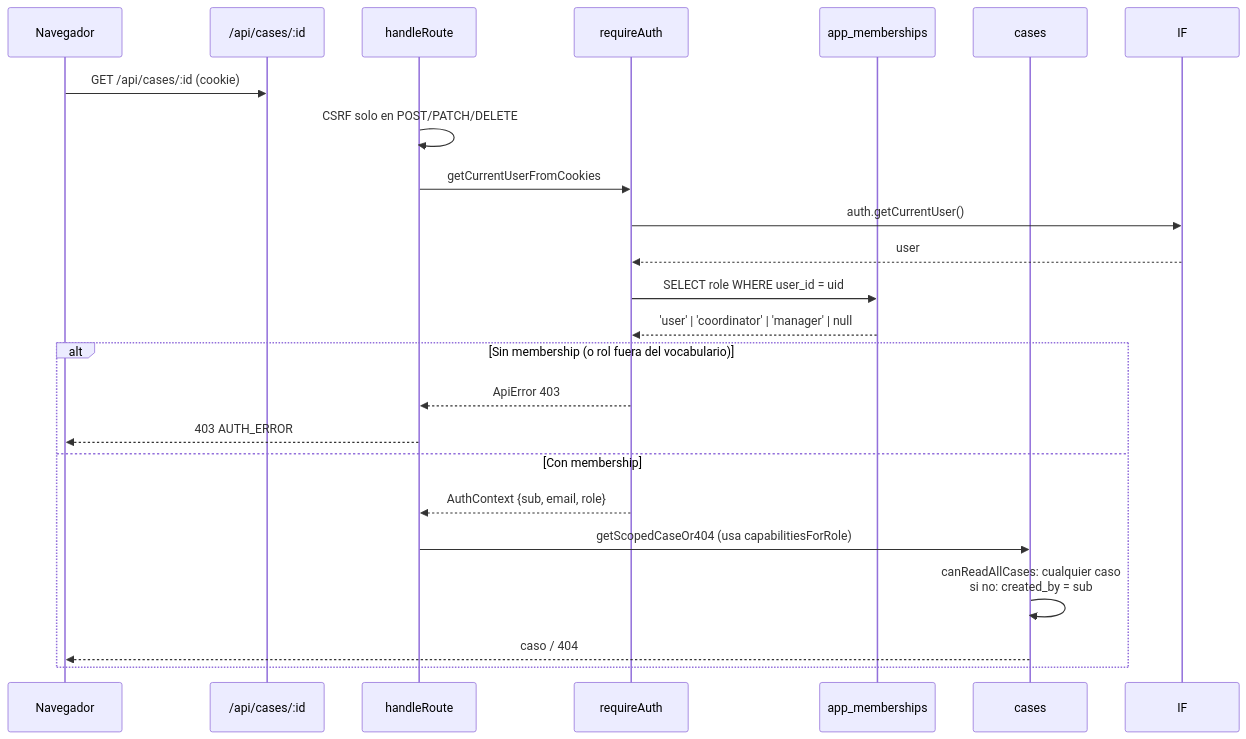
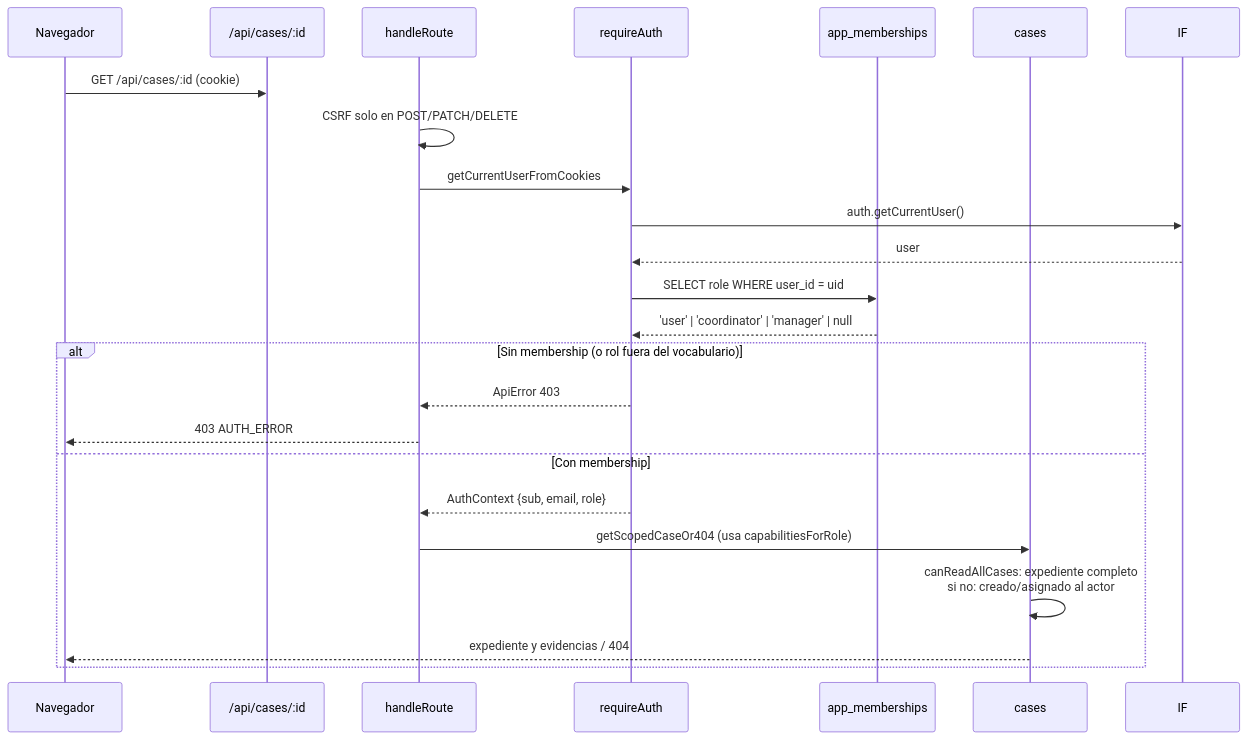
The third of 4 diagrams in docs/ARCHITECTURE.md (DotIdk14/cancelaciones-ai), drawn with Mermaid before and after one commit. The commit also changed other lines of this file and 52 other files, not shown here.

````diff
--- a/docs/ARCHITECTURE.md
+++ b/docs/ARCHITECTURE.md
@@ -179,27 +179,27 @@
 ```mermaid
 sequenceDiagram
   participant B as Navegador
   participant API as /api/cases/:id
   participant H as handleRoute
   participant A as requireAuth
   participant M as app_memberships
   participant C as cases
 
   B->>API: GET /api/cases/:id (cookie)
   H->>H: CSRF solo en POST/PATCH/DELETE
   H->>A: getCurrentUserFromCookies
   A->>IF: auth.getCurrentUser()
   IF-->>A: user
   A->>M: SELECT role WHERE user_id = uid
   M-->>A: 'user' | 'coordinator' | 'manager' | null
 
   alt Sin membership (o rol fuera del vocabulario)
     A-->>H: ApiError 403
     H-->>B: 403 AUTH_ERROR
   else Con membership
     A-->>H: AuthContext {sub, email, role}
     H->>C: getScopedCaseOr404 (usa capabilitiesForRole)
-    C->>C: canReadAllCases: cualquier caso<br/>si no: created_by = sub
-    C-->>B: caso / 404
+    C->>C: canReadAllCases: expediente completo<br/>si no: creado/asignado al actor
+    C-->>B: expediente y evidencias / 404
   end
 ```
````
